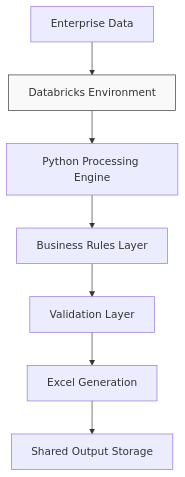
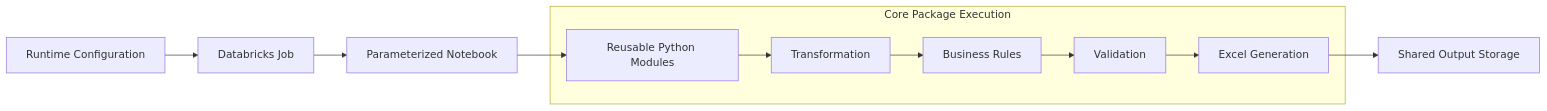
Before and after one commit to cjr3195/enterprise-data-automation: the sixth of 9 diagrams in README.md, drawn with Mermaid. The commit also changed other lines of this file, not shown here.

````diff
--- a/README.md
+++ b/README.md
@@ -49,10 +164,15 @@
 ```mermaid
-graph TD
-    A[Enterprise Data] --> B[Databricks Environment]
-    B --> C[Python Processing Engine]
-    C --> D[Business Rules Layer]
-    D --> E[Validation Layer]
-    E --> F[Excel Generation]
-    F --> G[Shared Output Storage]
-    style B fill:#f9f9f9,stroke:#333,stroke-width:1px
+flowchart LR
+    A[Runtime Configuration] --> B[Databricks Job]
+    B --> C[Parameterized Notebook]
+    C --> D[Reusable Python Modules]
+    
+    subgraph Core Package Execution
+    D --> E[Transformation]
+    E --> F[Business Rules]
+    F --> G[Validation]
+    G --> H[Excel Generation]
+    end
+    
+    H --> I[Shared Output Storage]
 ```
````
